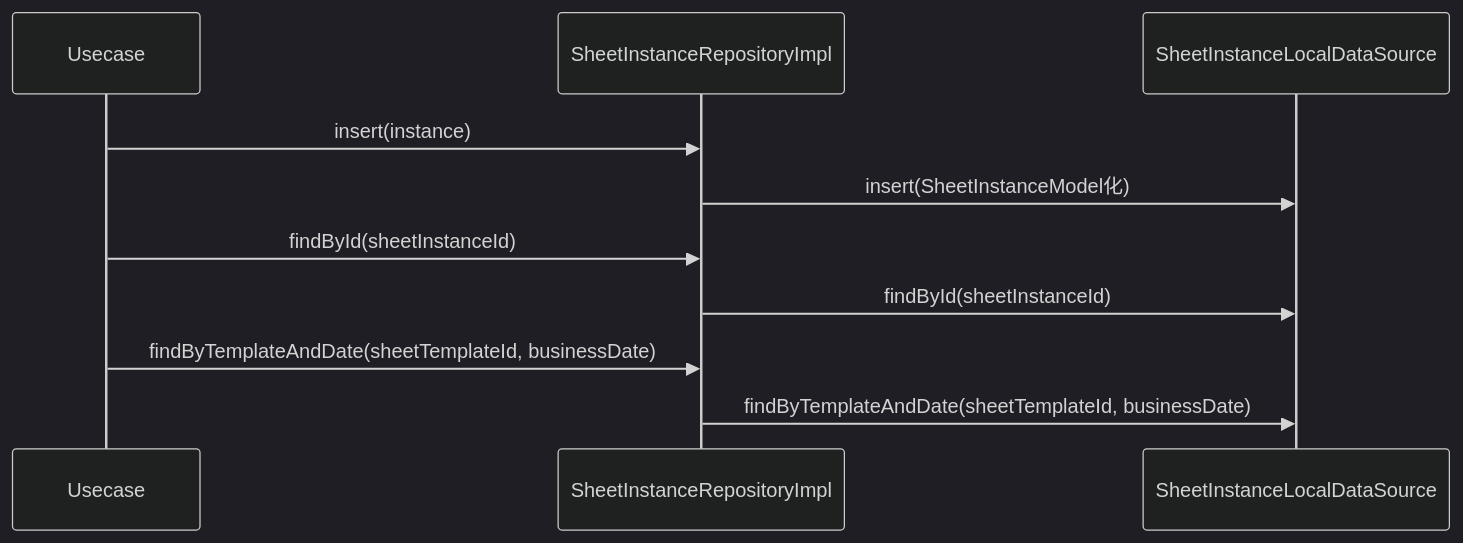
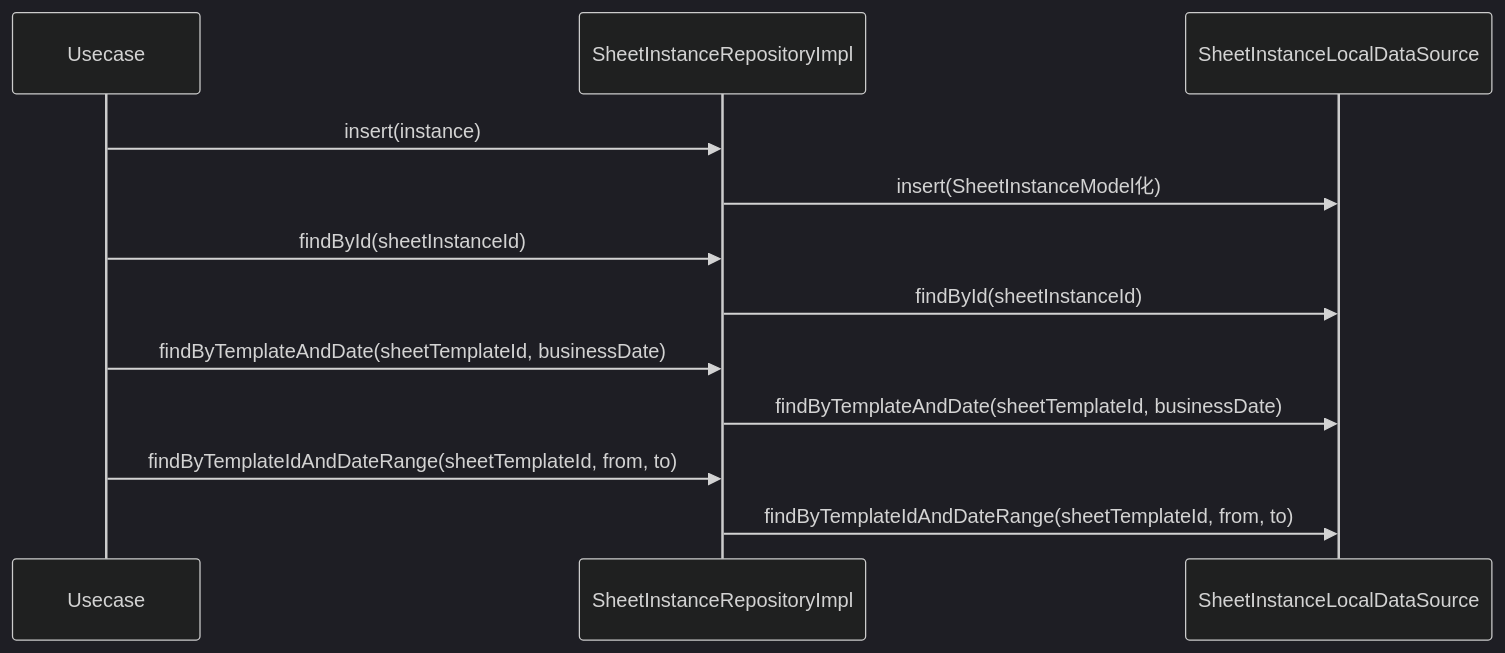
Before and after one commit to MinamiyamaKotaro/m3_pad: the diagram in docs/design/lib/src/features/voucher/data/repositories/sheet_instance_repository_impl.md, drawn with Mermaid (dark theme). The commit also changed other lines of this file and 90 other files, not shown here.

````diff
--- a/docs/design/lib/src/features/voucher/data/repositories/sheet_instance_repository_impl.md
+++ b/docs/design/lib/src/features/voucher/data/repositories/sheet_instance_repository_impl.md
@@ -13,13 +14,15 @@
 ```mermaid
 sequenceDiagram
     participant U as Usecase
     participant Impl as SheetInstanceRepositoryImpl
     participant D as SheetInstanceLocalDataSource
 
     U->>Impl: insert(instance)
     Impl->>D: insert(SheetInstanceModel化)
     U->>Impl: findById(sheetInstanceId)
     Impl->>D: findById(sheetInstanceId)
     U->>Impl: findByTemplateAndDate(sheetTemplateId, businessDate)
     Impl->>D: findByTemplateAndDate(sheetTemplateId, businessDate)
+    U->>Impl: findByTemplateIdAndDateRange(sheetTemplateId, from, to)
+    Impl->>D: findByTemplateIdAndDateRange(sheetTemplateId, from, to)
 ```
````
